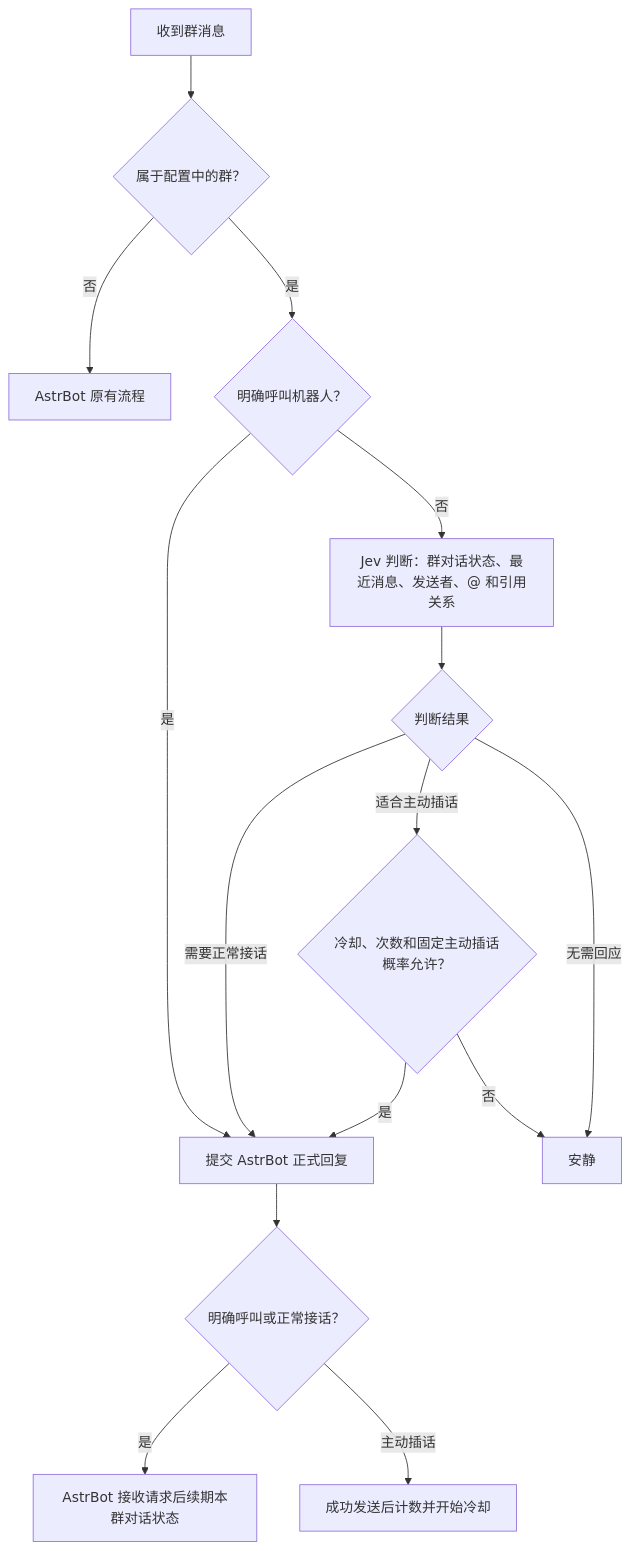
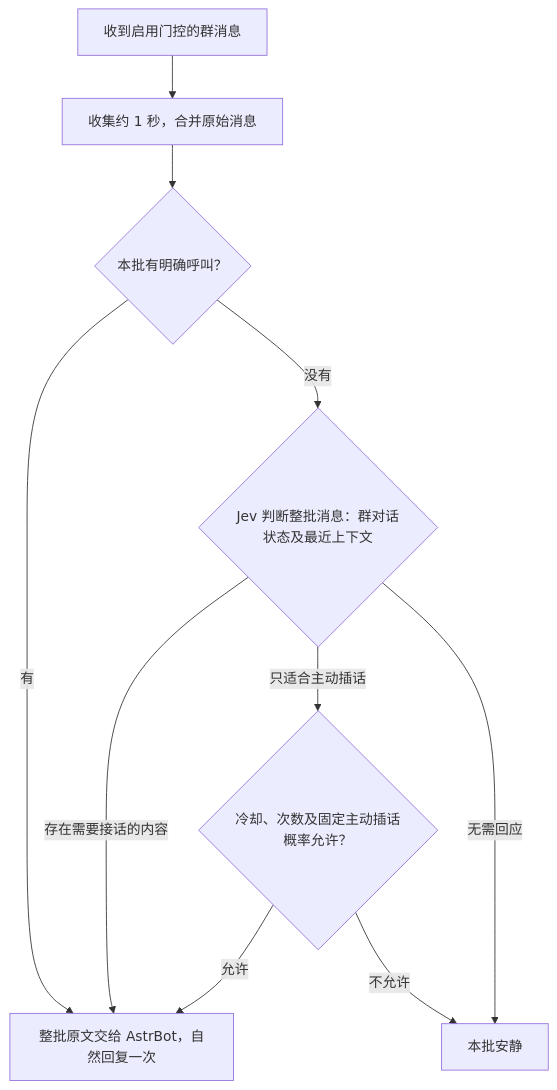
Before and after one commit to panchen00001-blip/astrbot_plugin_whale_reply_gate: the diagram in README.md, drawn with Mermaid. The commit also changed other lines of this file and 10 other files, not shown here.

````diff
--- a/README.md
+++ b/README.md
@@ -54,17 +54,12 @@
 ```mermaid
 flowchart TD
-    A[收到群消息] --> B{属于配置中的群？}
-    B -->|否| N[AstrBot 原有流程]
-    B -->|是| C{明确呼叫机器人？}
-    C -->|是| R[提交 AstrBot 正式回复]
-    C -->|否| J[Jev 判断：群对话状态、最近消息、发送者、@ 和引用关系]
-    J --> D{判断结果}
-    D -->|需要正常接话| R
-    D -->|适合主动插话| P{冷却、次数和固定主动插话概率允许？}
-    D -->|无需回应| S[安静]
-    P -->|是| R
-    P -->|否| S
-    R --> U{明确呼叫或正常接话？}
-    U -->|是| T[AstrBot 接收请求后续期本群对话状态]
-    U -->|主动插话| G[成功发送后计数并开始冷却]
+    A[收到启用门控的群消息] --> B[收集约 1 秒，合并原始消息]
+    B --> C{本批有明确呼叫？}
+    C -->|有| R[整批原文交给 AstrBot，自然回复一次]
+    C -->|没有| J{Jev 判断整批消息：群对话状态及最近上下文}
+    J -->|存在需要接话的内容| R
+    J -->|只适合主动插话| P{冷却、次数及固定主动插话概率允许？}
+    J -->|无需回应| S[本批安静]
+    P -->|允许| R
+    P -->|不允许| S
 ```
````
